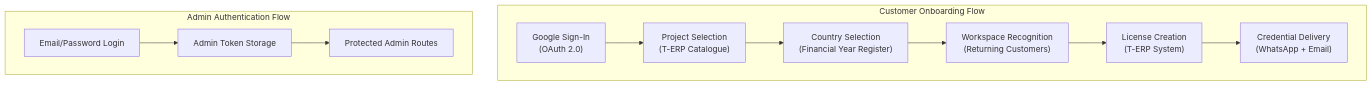
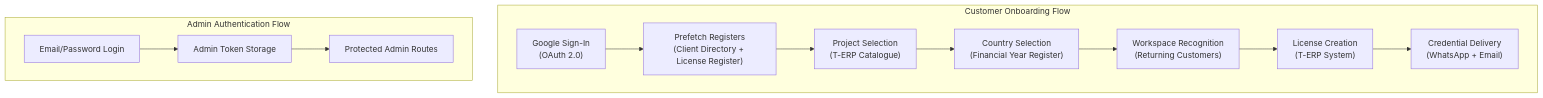
The first of 5 diagrams in .qoder/repowiki/en/content/Application Architecture/Authentication & Authorization.md (imcbsglobal/TRELLISCO_ERP_FRONTEND), drawn with Mermaid before and after one commit. The commit also changed other lines of this file and 20 other files, not shown here.

````diff
--- a/.qoder/repowiki/en/content/Application Architecture/Authentication & Authorization.md
+++ b/.qoder/repowiki/en/content/Application Architecture/Authentication & Authorization.md
@@ -53,18 +56,19 @@
 ```mermaid
 graph TB
 subgraph "Customer Onboarding Flow"
 GOOGLE["Google Sign-In<br/>(OAuth 2.0)"]
+PREFETCH["Prefetch Registers<br/>(Client Directory + License Register)"]
 PROJECTS["Project Selection<br/>(T-ERP Catalogue)"]
 COUNTRY["Country Selection<br/>(Financial Year Register)"]
 WORKSPACE["Workspace Recognition<br/>(Returning Customers)"]
 LICENSE["License Creation<br/>(T-ERP System)"]
 CREDENTIALS["Credential Delivery<br/>(WhatsApp + Email)"]
 end
 subgraph "Admin Authentication Flow"
 TRADITIONAL["Email/Password Login"]
 ADMIN_TOKEN["Admin Token Storage"]
 PROTECTED["Protected Admin Routes"]
 end
-GOOGLE --> PROJECTS --> COUNTRY --> WORKSPACE --> LICENSE --> CREDENTIALS
+GOOGLE --> PREFETCH --> PROJECTS --> COUNTRY --> WORKSPACE --> LICENSE --> CREDENTIALS
 TRADITIONAL --> ADMIN_TOKEN --> PROTECTED
 ```
````
